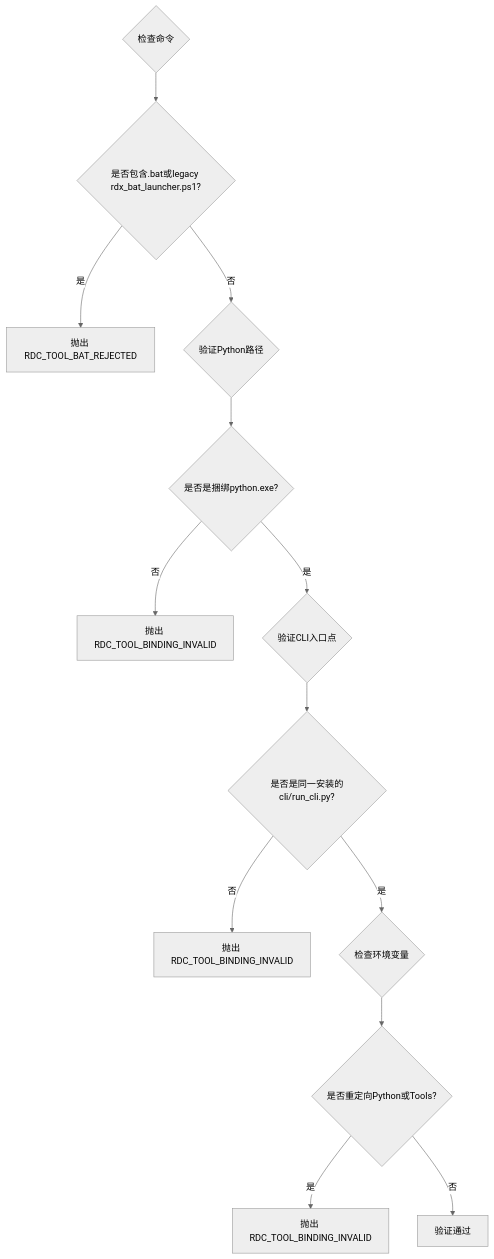
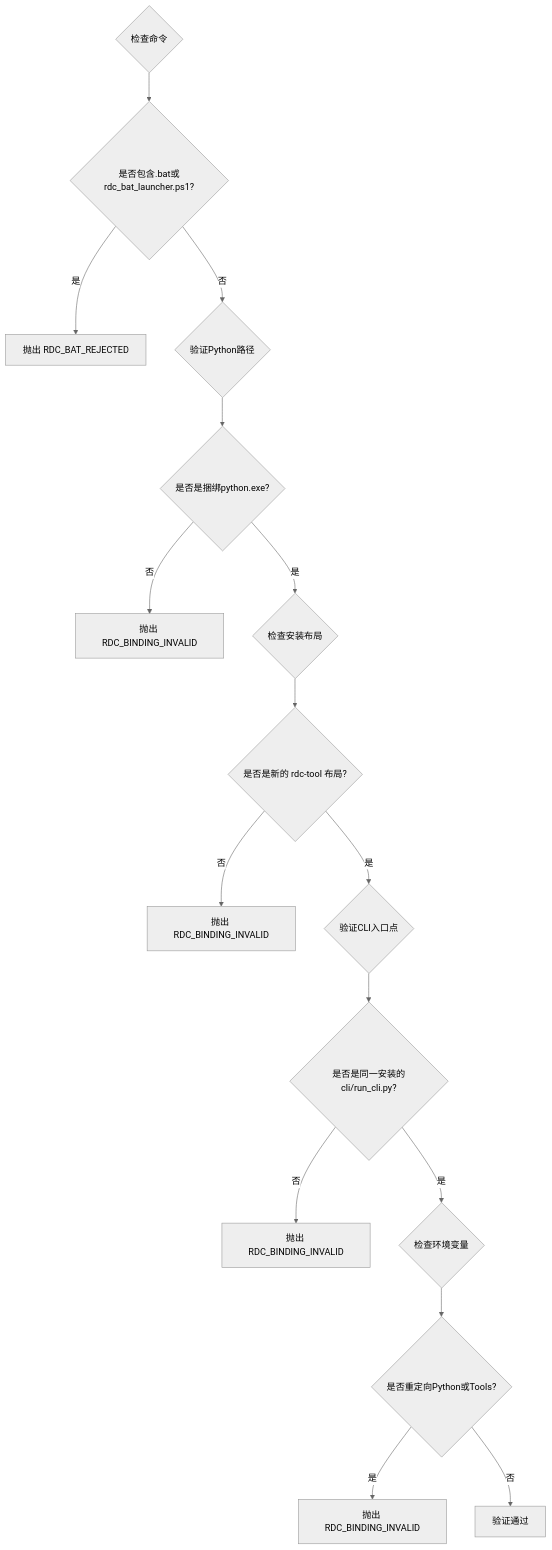
The fourth of 7 diagrams in .qoder/repowiki/zh/content/核心模块/工具系统/RDX CLI 调用器.md (haolange/RDC-Agent), drawn with Mermaid (neutral theme) before and after one commit. The commit also changed other lines of this file and 150 other files, not shown here.

````diff
--- a/.qoder/repowiki/zh/content/核心模块/工具系统/RDX CLI 调用器.md
+++ b/.qoder/repowiki/zh/content/核心模块/工具系统/RDX CLI 调用器.md
@@ -194,15 +194,18 @@
 ```mermaid
 flowchart TD
-CheckCommand{"检查命令"} --> BatReject{"是否包含.bat或legacy rdx_bat_launcher.ps1?"}
-BatReject --> |是| RejectBat["抛出 RDC_TOOL_BAT_REJECTED"]
+CheckCommand{"检查命令"} --> BatReject{"是否包含.bat或rdc_bat_launcher.ps1?"}
+BatReject --> |是| RejectBat["抛出 RDC_BAT_REJECTED"]
 BatReject --> |否| CheckPython{"验证Python路径"}
 CheckPython --> PythonValid{"是否是捆绑python.exe?"}
-PythonValid --> |否| RejectPython["抛出 RDC_TOOL_BINDING_INVALID"]
-PythonValid --> |是| CheckEntry{"验证CLI入口点"}
+PythonValid --> |否| RejectPython["抛出 RDC_BINDING_INVALID"]
+PythonValid --> |是| CheckLayout{"检查安装布局"}
+CheckLayout --> LayoutValid{"是否是新的 rdc-tool 布局?"}
+LayoutValid --> |否| RejectLayout["抛出 RDC_BINDING_INVALID"]
+LayoutValid --> |是| CheckEntry{"验证CLI入口点"}
 CheckEntry --> EntryValid{"是否是同一安装的cli/run_cli.py?"}
-EntryValid --> |否| RejectEntry["抛出 RDC_TOOL_BINDING_INVALID"]
+EntryValid --> |否| RejectEntry["抛出 RDC_BINDING_INVALID"]
 EntryValid --> |是| CheckEnv{"检查环境变量"}
 CheckEnv --> EnvValid{"是否重定向Python或Tools?"}
-EnvValid --> |是| RejectEnv["抛出 RDC_TOOL_BINDING_INVALID"]
+EnvValid --> |是| RejectEnv["抛出 RDC_BINDING_INVALID"]
 EnvValid --> |否| Pass["验证通过"]
 ```
````
